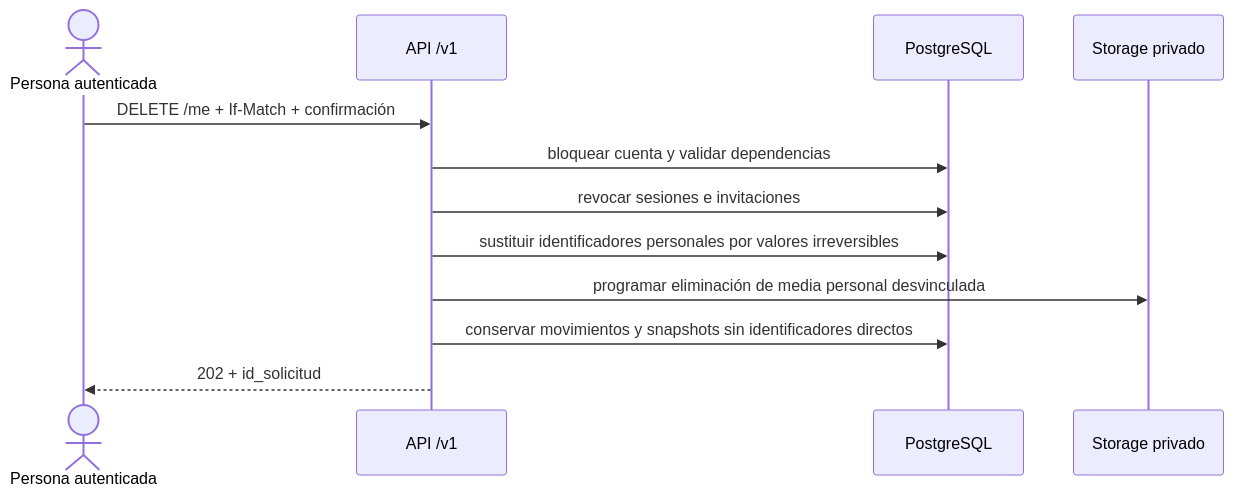
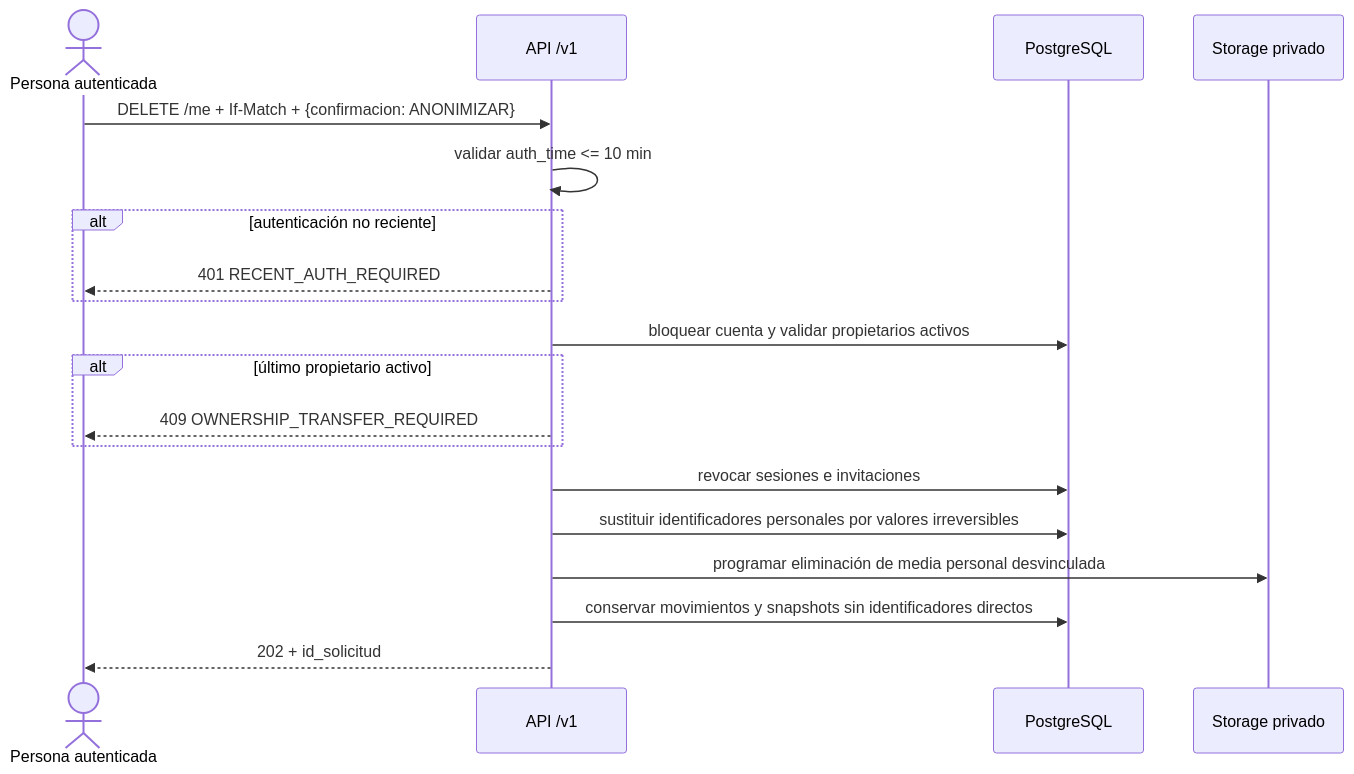
Before and after one commit to gagonzalez1/puntazo-docs: the diagram in docs/sequences/07-account-anonymization.md, drawn with Mermaid. The commit also changed 5 other files, not shown here.

````diff
--- a/docs/sequences/07-account-anonymization.md
+++ b/docs/sequences/07-account-anonymization.md
@@ -17,14 +17,21 @@
 ```mermaid
 sequenceDiagram
     actor U as Persona autenticada
     participant API as API /v1
     participant DB as PostgreSQL
     participant OBJ as Storage privado
-    U->>API: DELETE /me + If-Match + confirmación
-    API->>DB: bloquear cuenta y validar dependencias
+    U->>API: DELETE /me + If-Match + {confirmacion: ANONIMIZAR}
+    API->>API: validar auth_time <= 10 min
+    alt autenticación no reciente
+      API-->>U: 401 RECENT_AUTH_REQUIRED
+    end
+    API->>DB: bloquear cuenta y validar propietarios activos
+    alt último propietario activo
+      API-->>U: 409 OWNERSHIP_TRANSFER_REQUIRED
+    end
     API->>DB: revocar sesiones e invitaciones
     API->>DB: sustituir identificadores personales por valores irreversibles
     API->>OBJ: programar eliminación de media personal desvinculada
     API->>DB: conservar movimientos y snapshots sin identificadores directos
     API-->>U: 202 + id_solicitud
 ```
````
